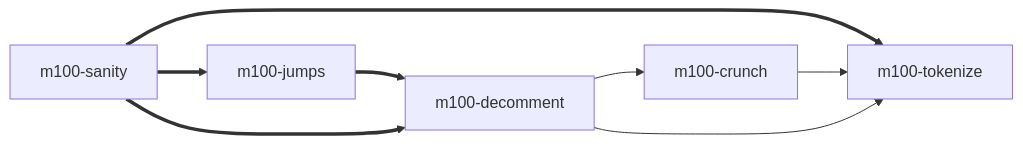
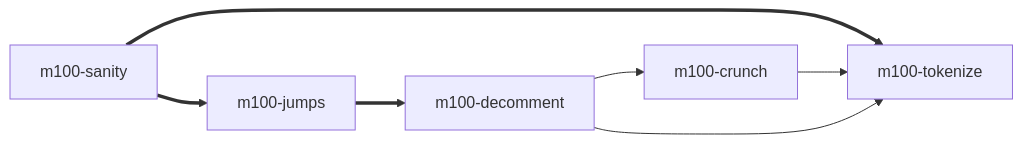
Before and after one commit to hackerb9/tokenize: the diagram in README.md, drawn with Mermaid.

Commit message:
mermaid got too wide

````diff
--- a/README.md
+++ b/README.md
@@ -128,8 +128,7 @@
 ``` mermaid
 flowchart LR;
 m100-sanity ==> m100-tokenize
-m100-sanity ==> m100-jumps
-m100-jumps ==> m100-decomment
-m100-sanity ==> m100-decomment --> m100-crunch --> m100-tokenize
+m100-sanity ==> m100-jumps ==> m100-decomment
+m100-decomment --> m100-crunch --> m100-tokenize
 m100-decomment --> m100-tokenize
 ```
````
